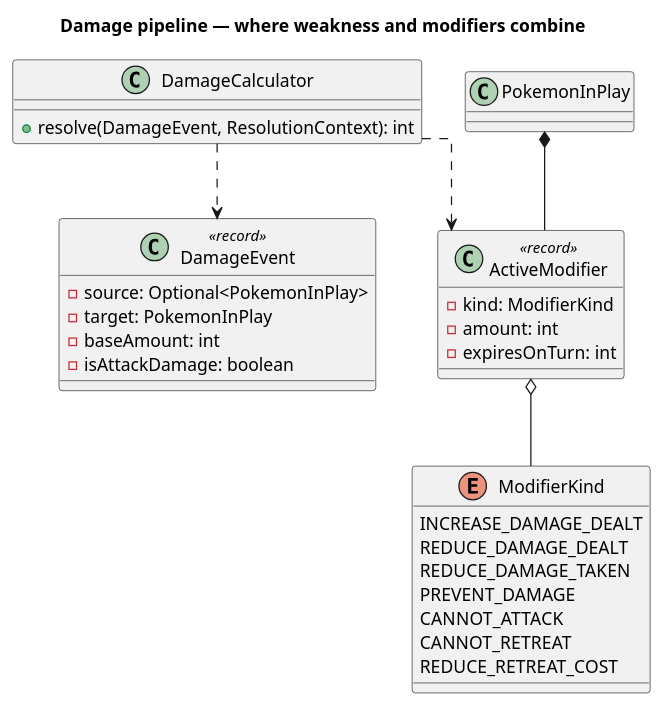
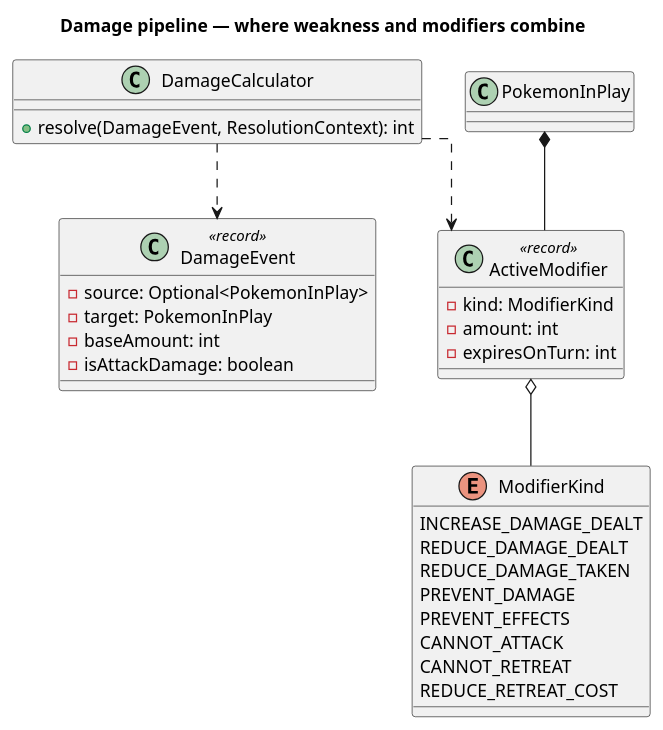
Before and after one commit to Richie-Moon/TCGPocketBattler: the first of 2 diagrams in docs/UML/Damage.puml, drawn with PlantUML. The commit also changed 32 other files, not shown here.

First line of the commit message:
feat(engine): Added Mythical Island Grass, Fire and Water cards, and prevent-effects for Dig and Dive

```diff
--- a/docs/UML/Damage.puml
+++ b/docs/UML/Damage.puml
@@ -1,50 +1,51 @@
 @startuml
 title Damage pipeline — where weakness and modifiers combine
 
 skinparam linetype ortho
 
 /'
   DealDamage names only an amount and a target, so weakness, ReduceDamageTaken,
   ReduceDamageDealt and IncreaseDamage had nowhere to meet, and IDurationEffect's `duration` had
   nowhere to be stored. Both are fixed here.
 '/
 
 class DamageEvent <<record>> {
     - source: Optional<PokemonInPlay>
     - target: PokemonInPlay
     - baseAmount: int
     /' False for spread/bench damage and for between-turns poison and burn,
        which skip weakness and most modifiers. '/
     - isAttackDamage: boolean
 }
 
 class DamageCalculator {
     + resolve(DamageEvent, ResolutionContext): int
 }
 
 /'
   Installed on PokemonInPlay by an IDurationEffect and expired between turns.
   This is the storage that IDurationEffect previously lacked.
 '/
 class ActiveModifier <<record>> {
     - kind: ModifierKind
     - amount: int
     - expiresOnTurn: int
 }
 
 enum ModifierKind {
     INCREASE_DAMAGE_DEALT
     REDUCE_DAMAGE_DEALT
     REDUCE_DAMAGE_TAKEN
     PREVENT_DAMAGE
+    PREVENT_EFFECTS
     CANNOT_ATTACK
     CANNOT_RETREAT
     REDUCE_RETREAT_COST
 }
 
 DamageCalculator ..> DamageEvent
 DamageCalculator ..> ActiveModifier
 ActiveModifier o-- ModifierKind
 PokemonInPlay *-- ActiveModifier
 
 @enduml
```
